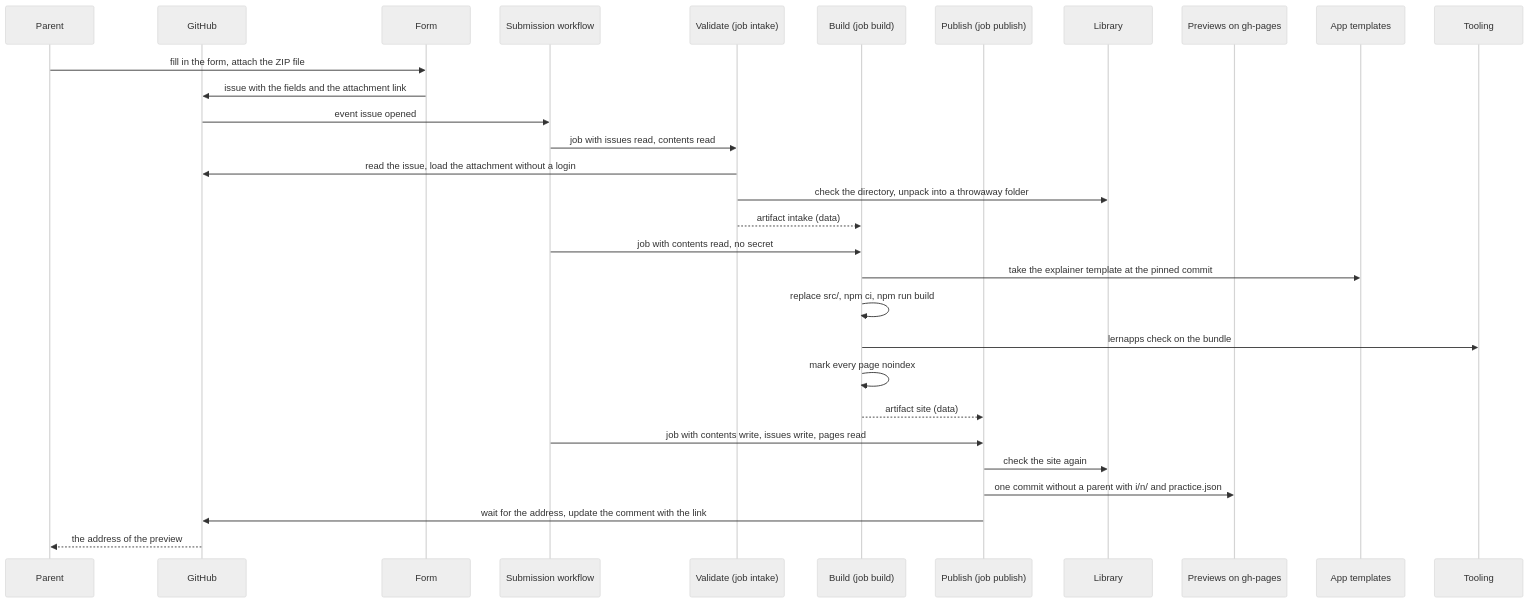
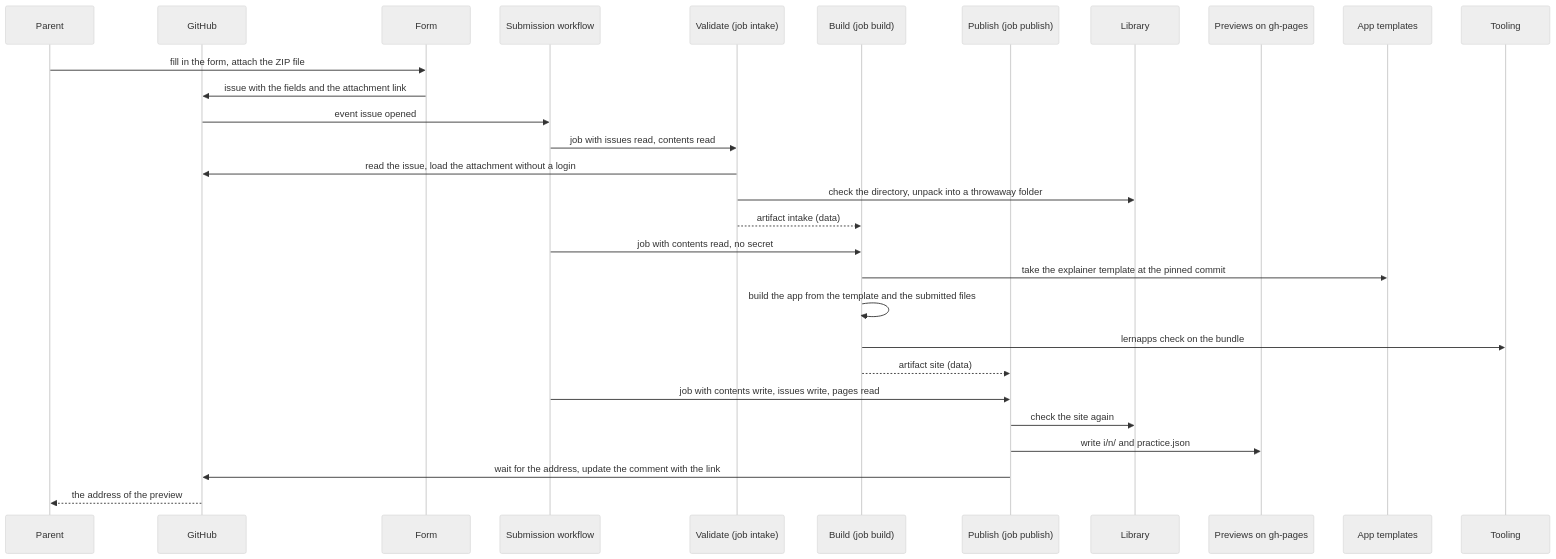
Before and after one commit to lernapps/practice: the first of 6 diagrams in docs/arc42/06-runtime-view.arc42.md, drawn with Mermaid (neutral theme). The commit also changed other lines of this file and 12 other files, not shown here.

````diff
--- a/docs/arc42/06-runtime-view.arc42.md
+++ b/docs/arc42/06-runtime-view.arc42.md
@@ -35,32 +29,31 @@
 ```mermaid
 sequenceDiagram
     participant parent as Parent
     participant github as GitHub
     participant form as Form
     participant flow as Submission workflow
     participant intake as Validate (job intake)
     participant build as Build (job build)
     participant publish as Publish (job publish)
     participant lib as Library
     participant previews as Previews on gh-pages
     participant templates as App templates
     participant tooling as Tooling
     parent->>form: fill in the form, attach the ZIP file
     form->>github: issue with the fields and the attachment link
     github->>flow: event issue opened
     flow->>intake: job with issues read, contents read
     intake->>github: read the issue, load the attachment without a login
     intake->>lib: check the directory, unpack into a throwaway folder
     intake-->>build: artifact intake (data)
     flow->>build: job with contents read, no secret
     build->>templates: take the explainer template at the pinned commit
-    build->>build: replace src/, npm ci, npm run build
+    build->>build: build the app from the template and the submitted files
     build->>tooling: lernapps check on the bundle
-    build->>build: mark every page noindex
     build-->>publish: artifact site (data)
     flow->>publish: job with contents write, issues write, pages read
     publish->>lib: check the site again
-    publish->>previews: one commit without a parent with i/n/ and practice.json
+    publish->>previews: write i/n/ and practice.json
     publish->>github: wait for the address, update the comment with the link
     github-->>parent: the address of the preview
 ```
````
